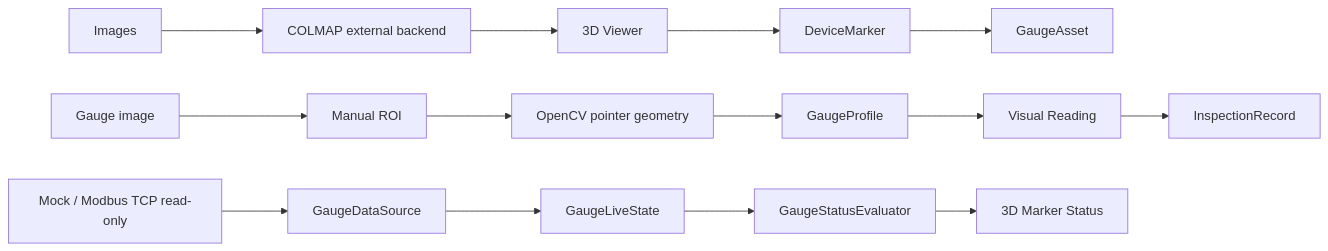
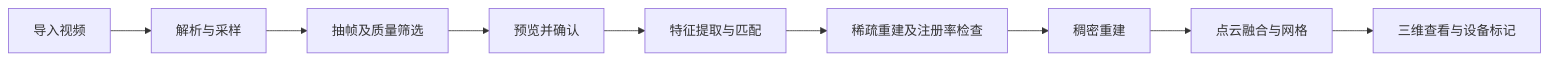
The diagram in README.md (ccbhh0131/Three-Dimensional-Vision-Inspection), drawn with Mermaid before and after one commit. The commit also changed other lines of this file and 128 other files, not shown here.

````diff
--- a/README.md
+++ b/README.md
@@ -13,18 +46,11 @@
 ```mermaid
 flowchart LR
-    A[Images] --> B[COLMAP external backend]
-    B --> C[3D Viewer]
-    C --> D[DeviceMarker]
-    D --> E[GaugeAsset]
-
-    F[Gauge image] --> G[Manual ROI]
-    G --> H[OpenCV pointer geometry]
-    H --> I[GaugeProfile]
-    I --> J[Visual Reading]
-    J --> K[InspectionRecord]
-
-    L[Mock / Modbus TCP read-only] --> M[GaugeDataSource]
-    M --> N[GaugeLiveState]
-    N --> O[GaugeStatusEvaluator]
-    O --> P[3D Marker Status]
+    A[导入视频] --> B[解析与采样]
+    B --> C[抽帧及质量筛选]
+    C --> D[预览并确认]
+    D --> E[特征提取与匹配]
+    E --> F[稀疏重建及注册率检查]
+    F --> G[稠密重建]
+    G --> H[点云融合与网格]
+    H --> I[三维查看与设备标记]
 ```
````
